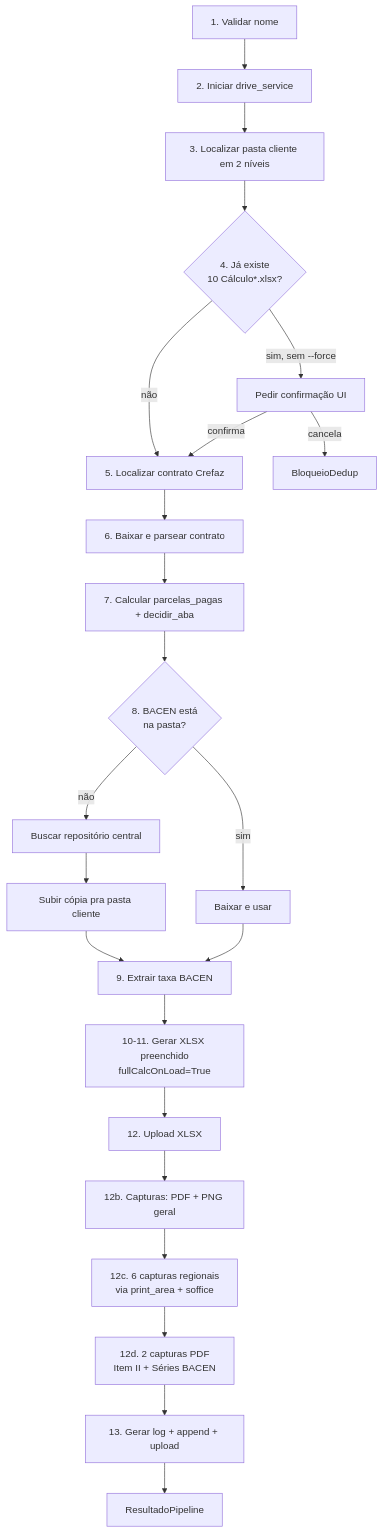
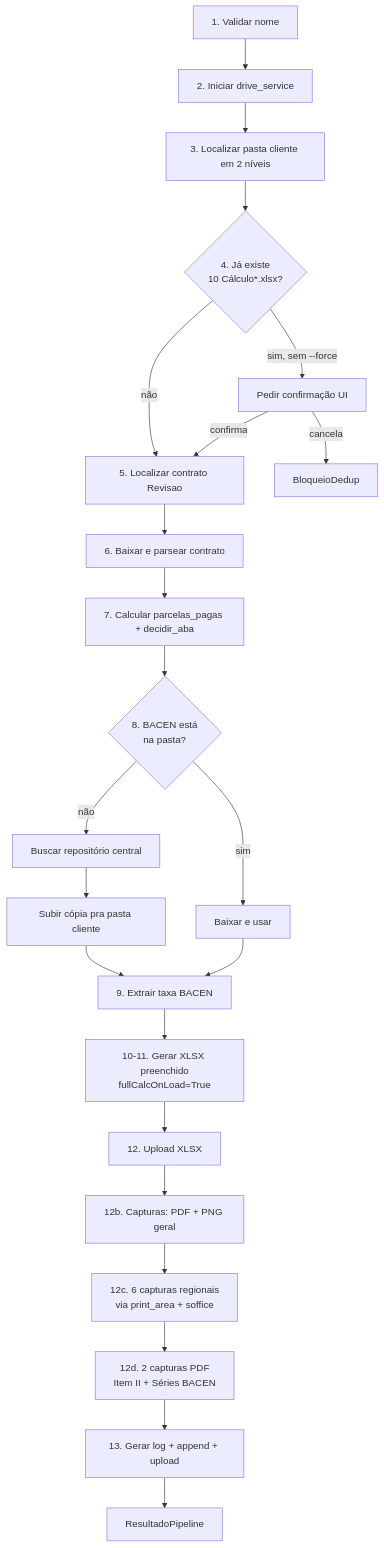
Before and after one commit to adventurelabsbrasil/revcalc: the diagram in README_DEV.md, drawn with Mermaid. The commit also changed other lines of this file and 87 other files, not shown here.

````diff
--- a/README_DEV.md
+++ b/README_DEV.md
@@ -106,25 +106,25 @@
 ```mermaid
 flowchart TD
     A[1. Validar nome] --> B[2. Iniciar drive_service]
     B --> C[3. Localizar pasta cliente em 2 níveis]
     C --> D{4. Já existe<br/>10 Cálculo*.xlsx?}
     D -->|sim, sem --force| E[Pedir confirmação UI]
-    D -->|não| F[5. Localizar contrato Crefaz]
+    D -->|não| F[5. Localizar contrato Revisao]
     E -->|confirma| F
     E -->|cancela| Z[BloqueioDedup]
     F --> G[6. Baixar e parsear contrato]
     G --> H[7. Calcular parcelas_pagas + decidir_aba]
     H --> I{8. BACEN está<br/>na pasta?}
     I -->|sim| J[Baixar e usar]
     I -->|não| K[Buscar repositório central]
     K --> L[Subir cópia pra pasta cliente]
     L --> M[9. Extrair taxa BACEN]
     J --> M
     M --> N[10-11. Gerar XLSX preenchido<br/>fullCalcOnLoad=True]
     N --> O[12. Upload XLSX]
     O --> O1[12b. Capturas: PDF + PNG geral]
     O1 --> O2[12c. 6 capturas regionais<br/>via print_area + soffice]
     O2 --> O3[12d. 2 capturas PDF<br/>Item II + Séries BACEN]
     O3 --> P[13. Gerar log + append + upload]
     P --> Q[ResultadoPipeline]
 ```
````
